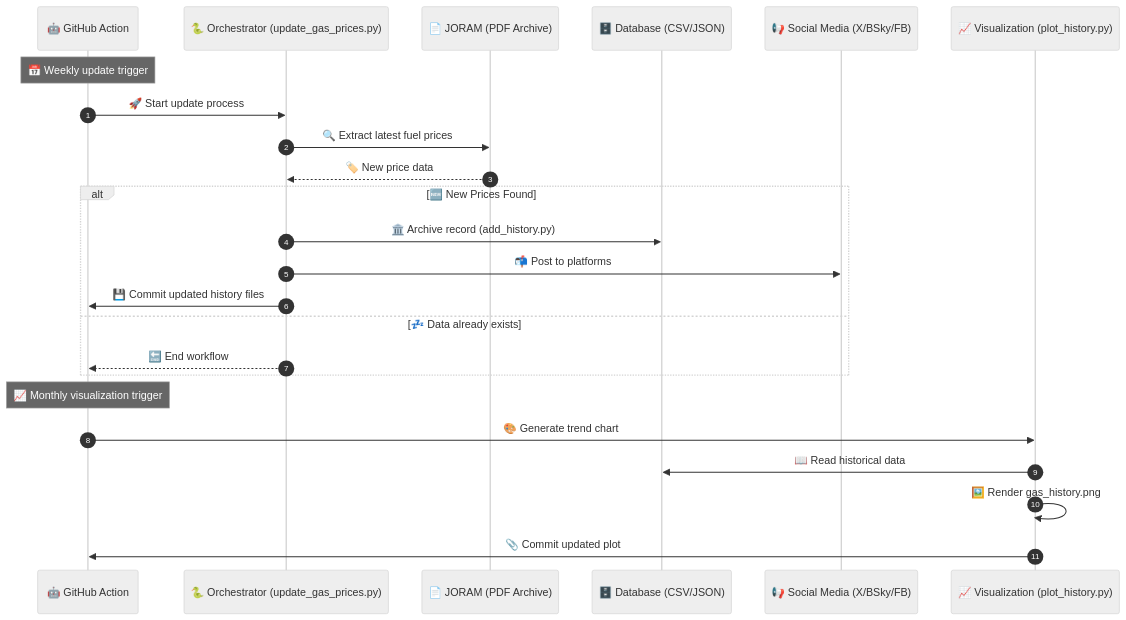
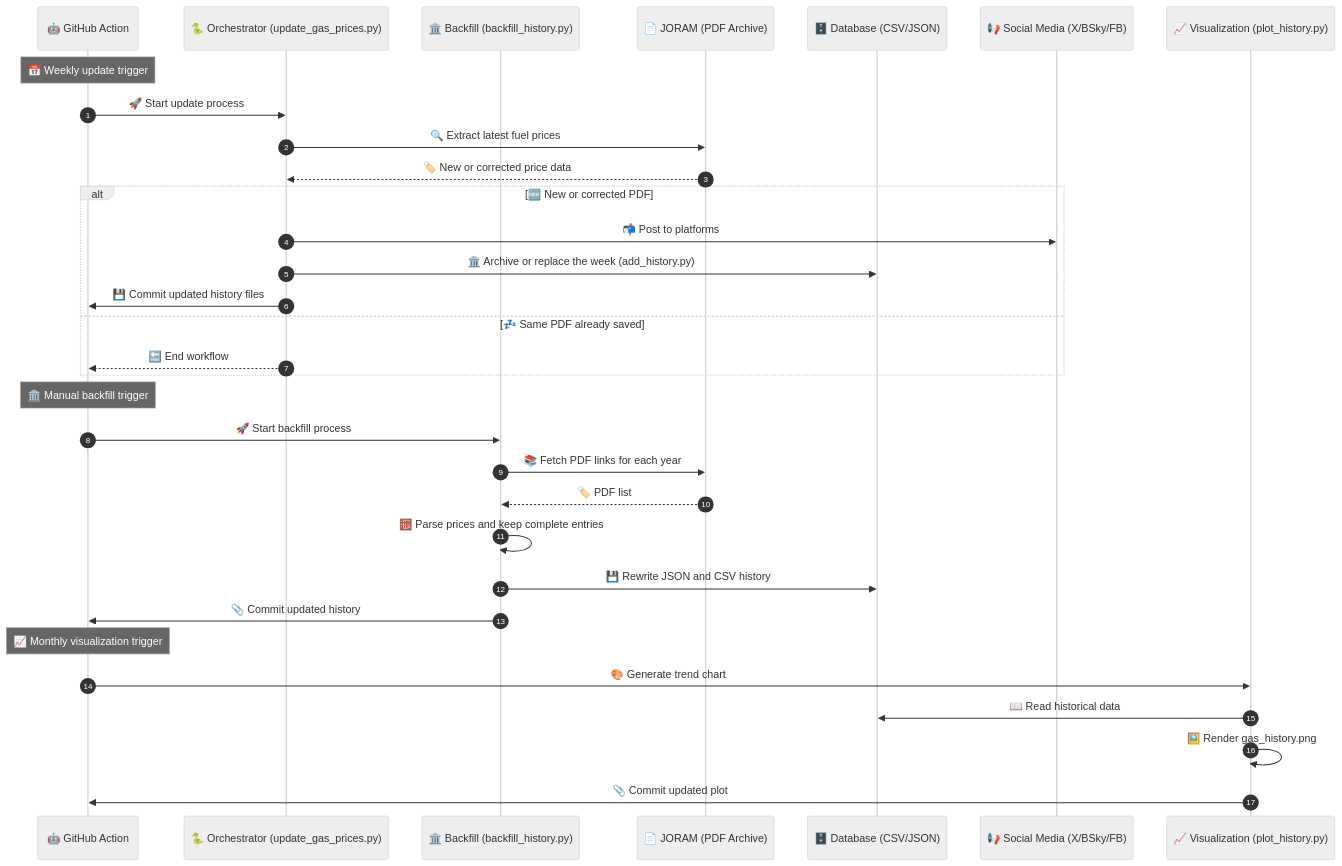
Before and after one commit to carlosrsabreu/devo-abastecer: the diagram in README.md, drawn with Mermaid (neutral theme). The commit also changed other lines of this file and 7 other files, not shown here.

First line of the commit message:
fix: guard prices, corrections and backfill races

````diff
--- a/README.md
+++ b/README.md
@@ -19,29 +26,38 @@
 ```mermaid
 sequenceDiagram
     autonumber
     participant 🤖 GitHub Action
     participant 🐍 Orchestrator (update_gas_prices.py)
+    participant 🏛️ Backfill (backfill_history.py)
     participant 📄 JORAM (PDF Archive)
     participant 🗄️ Database (CSV/JSON)
     participant 📢 Social Media (X/BSky/FB)
     participant 📈 Visualization (plot_history.py)
 
     Note over 🤖 GitHub Action: 📅 Weekly update trigger
     🤖 GitHub Action ->> 🐍 Orchestrator (update_gas_prices.py): 🚀 Start update process
     🐍 Orchestrator (update_gas_prices.py) ->> 📄 JORAM (PDF Archive): 🔍 Extract latest fuel prices
-    📄 JORAM (PDF Archive) -->> 🐍 Orchestrator (update_gas_prices.py): 🏷️ New price data
+    📄 JORAM (PDF Archive) -->> 🐍 Orchestrator (update_gas_prices.py): 🏷️ New or corrected price data
 
-    alt 🆕 New Prices Found
-        🐍 Orchestrator (update_gas_prices.py) ->> 🗄️ Database (CSV/JSON): 🏛️ Archive record (add_history.py)
+    alt 🆕 New or corrected PDF
         🐍 Orchestrator (update_gas_prices.py) ->> 📢 Social Media (X/BSky/FB): 📬 Post to platforms
+        🐍 Orchestrator (update_gas_prices.py) ->> 🗄️ Database (CSV/JSON): 🏛️ Archive or replace the week (add_history.py)
         🐍 Orchestrator (update_gas_prices.py) ->> 🤖 GitHub Action: 💾 Commit updated history files
-    else 💤 Data already exists
+    else 💤 Same PDF already saved
         🐍 Orchestrator (update_gas_prices.py) -->> 🤖 GitHub Action: 🔚 End workflow
     end
+
+    Note over 🤖 GitHub Action: 🏛️ Manual backfill trigger
+    🤖 GitHub Action ->> 🏛️ Backfill (backfill_history.py): 🚀 Start backfill process
+    🏛️ Backfill (backfill_history.py) ->> 📄 JORAM (PDF Archive): 📚 Fetch PDF links for each year
+    📄 JORAM (PDF Archive) -->> 🏛️ Backfill (backfill_history.py): 🏷️ PDF list
+    🏛️ Backfill (backfill_history.py) ->> 🏛️ Backfill (backfill_history.py): 🧮 Parse prices and keep complete entries
+    🏛️ Backfill (backfill_history.py) ->> 🗄️ Database (CSV/JSON): 💾 Rewrite JSON and CSV history
+    🏛️ Backfill (backfill_history.py) ->> 🤖 GitHub Action: 📎 Commit updated history
 
     Note over 🤖 GitHub Action: 📈 Monthly visualization trigger
     🤖 GitHub Action ->> 📈 Visualization (plot_history.py): 🎨 Generate trend chart
     📈 Visualization (plot_history.py) ->> 🗄️ Database (CSV/JSON): 📖 Read historical data
     📈 Visualization (plot_history.py) ->> 📈 Visualization (plot_history.py): 🖼️ Render gas_history.png
     📈 Visualization (plot_history.py) ->> 🤖 GitHub Action: 📎 Commit updated plot
 ```
````
